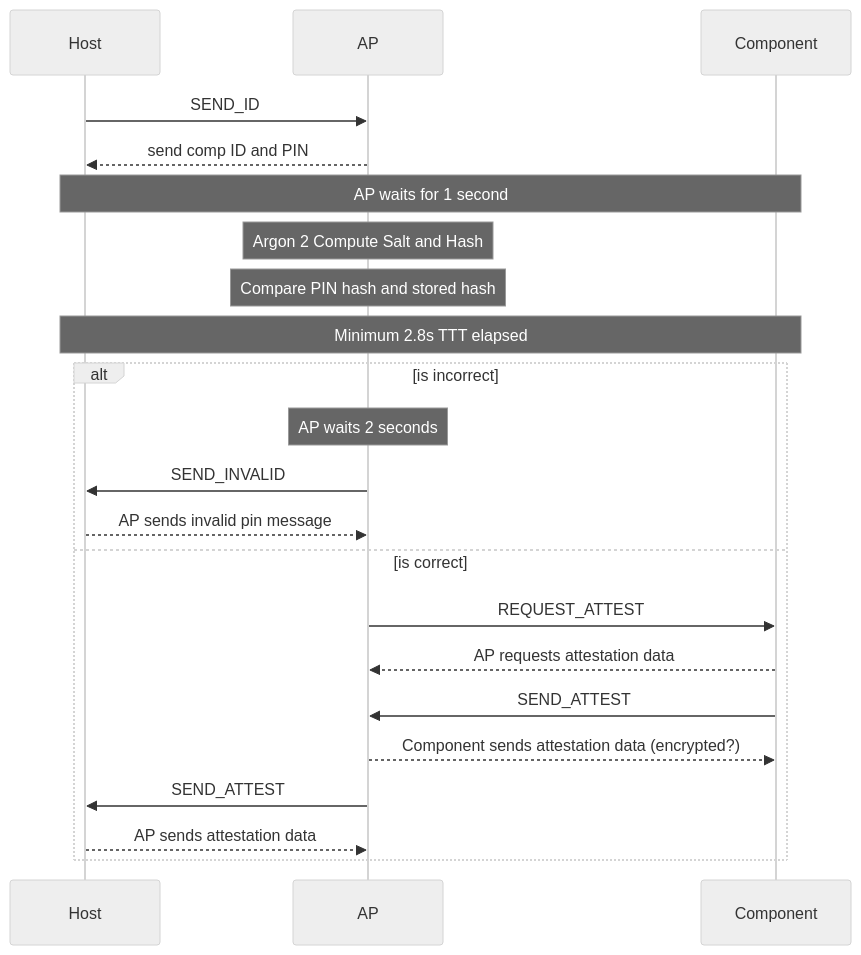
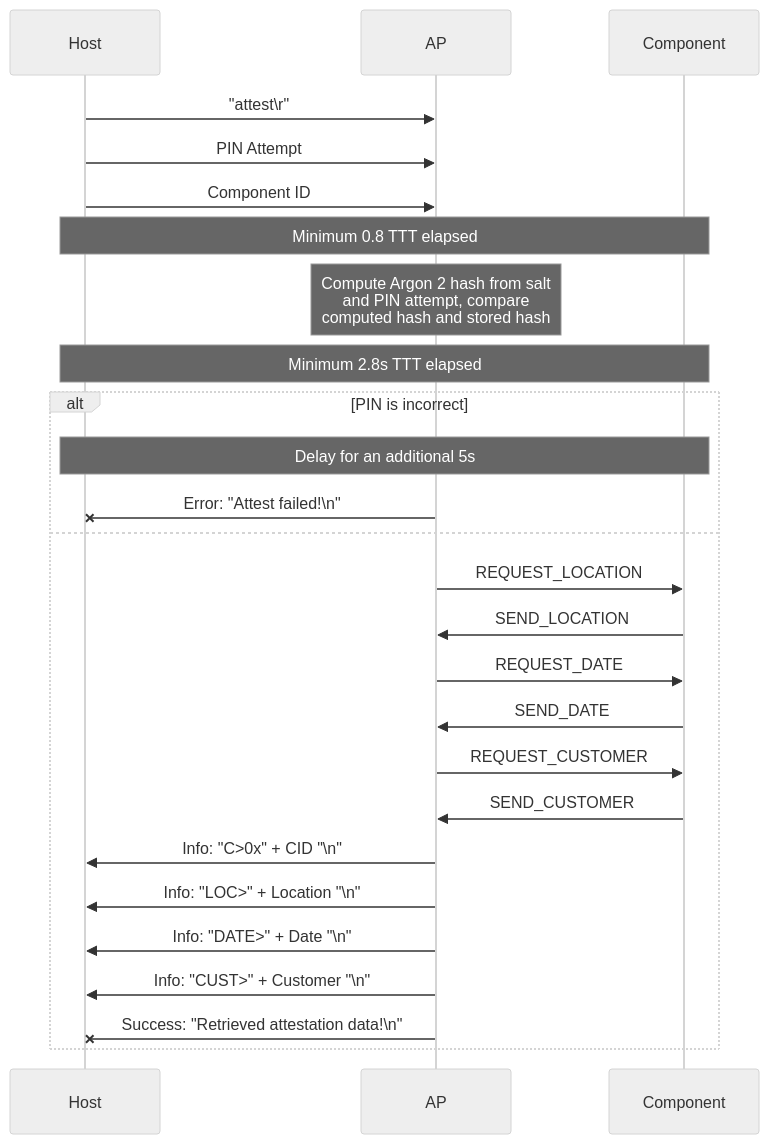
One commit to sigpwny/2024-ectf-uiuc changed the second of 4 diagrams in docs/misc_protocol.md. Above: the diagram before and after it, drawn with Mermaid (neutral theme). The commit also changed other lines of this file, not shown here.

````diff
--- a/docs/misc_protocol.md
+++ b/docs/misc_protocol.md
@@ -59,21 +64,25 @@
 ```mermaid
 sequenceDiagram
-  Host->>AP: SEND_ID
-  AP-->>Host: send comp ID and PIN
-  Note over Host,Component: AP waits for 1 second
-  Note over AP: Argon 2 Compute Salt and Hash
-  Note over AP: Compare PIN hash and stored hash
-  Note over Host,Component: Minimum 2.8s TTT elapsed
-  alt is incorrect
-    Note over AP: AP waits 2 seconds
-    AP->>Host: SEND_INVALID
-    Host-->>AP: AP sends invalid pin message
-  else is correct
-    AP->>Component: REQUEST_ATTEST
-    Component-->>AP: AP requests attestation data
-    Component->>AP: SEND_ATTEST
-    AP-->>Component: Component sends attestation data (encrypted?)
-    AP->>Host: SEND_ATTEST
-    Host-->>AP: AP sends attestation data
+  Host ->> AP: "attest\r"
+  Host ->> AP: PIN Attempt
+  Host ->> AP: Component ID
+  Note over Host, Component: Minimum 0.8 TTT elapsed
+  Note over AP: Compute Argon 2 hash from salt <br />and PIN attempt, compare <br />computed hash and stored hash
+  Note over Host, Component: Minimum 2.8s TTT elapsed
+  alt PIN is incorrect
+    Note over Host, Component: Delay for an additional 5s
+    AP -x Host: Error: "Attest failed!\n"
+  else
+    AP ->> Component: REQUEST_LOCATION
+    Component ->> AP: SEND_LOCATION
+    AP ->> Component: REQUEST_DATE
+    Component ->> AP: SEND_DATE
+    AP ->> Component: REQUEST_CUSTOMER
+    Component ->> AP: SEND_CUSTOMER
+    AP ->> Host: Info: "C>0x" + CID "\n"
+    AP ->> Host: Info: "LOC>" + Location "\n"
+    AP ->> Host: Info: "DATE>" + Date "\n"
+    AP ->> Host: Info: "CUST>" + Customer "\n"
+    AP -x Host: Success: "Retrieved attestation data!\n"
   end
 ```
````
